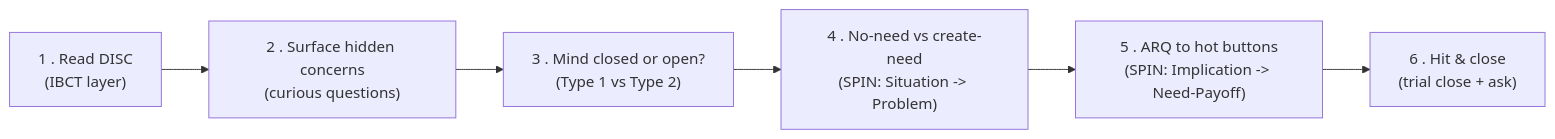
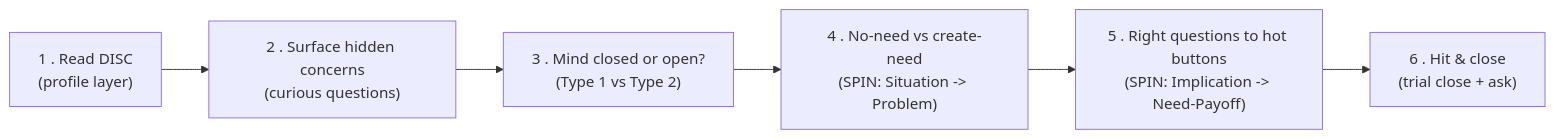
One commit to leotansingapore/aia-product-compass-hub changed the diagram in docs/first-60-days/week-8/day-47.md. Above: the diagram before and after it, drawn with Mermaid. The commit also changed other lines of this file and 22 other files, not shown here.

Commit message:
Scrub competitor bootcamp brand names (IBCT/SAPT/ARQ) from curriculum notes — replace with neutral framework names (right-question, 8-Step Recovery, 3 Cs of Communication, etc.)

````diff
--- a/docs/first-60-days/week-8/day-47.md
+++ b/docs/first-60-days/week-8/day-47.md
@@ -311,10 +311,10 @@
 ```mermaid
 flowchart LR
-    A["1 . Read DISC<br/>(IBCT layer)"]
+    A["1 . Read DISC<br/>(profile layer)"]
     B["2 . Surface hidden concerns<br/>(curious questions)"]
     C["3 . Mind closed or open?<br/>(Type 1 vs Type 2)"]
     D["4 . No-need vs create-need<br/>(SPIN: Situation -> Problem)"]
-    E["5 . ARQ to hot buttons<br/>(SPIN: Implication -> Need-Payoff)"]
+    E["5 . Right questions to hot buttons<br/>(SPIN: Implication -> Need-Payoff)"]
     F["6 . Hit & close<br/>(trial close + ask)"]
     A --> B --> C --> D --> E --> F
 ```
````
